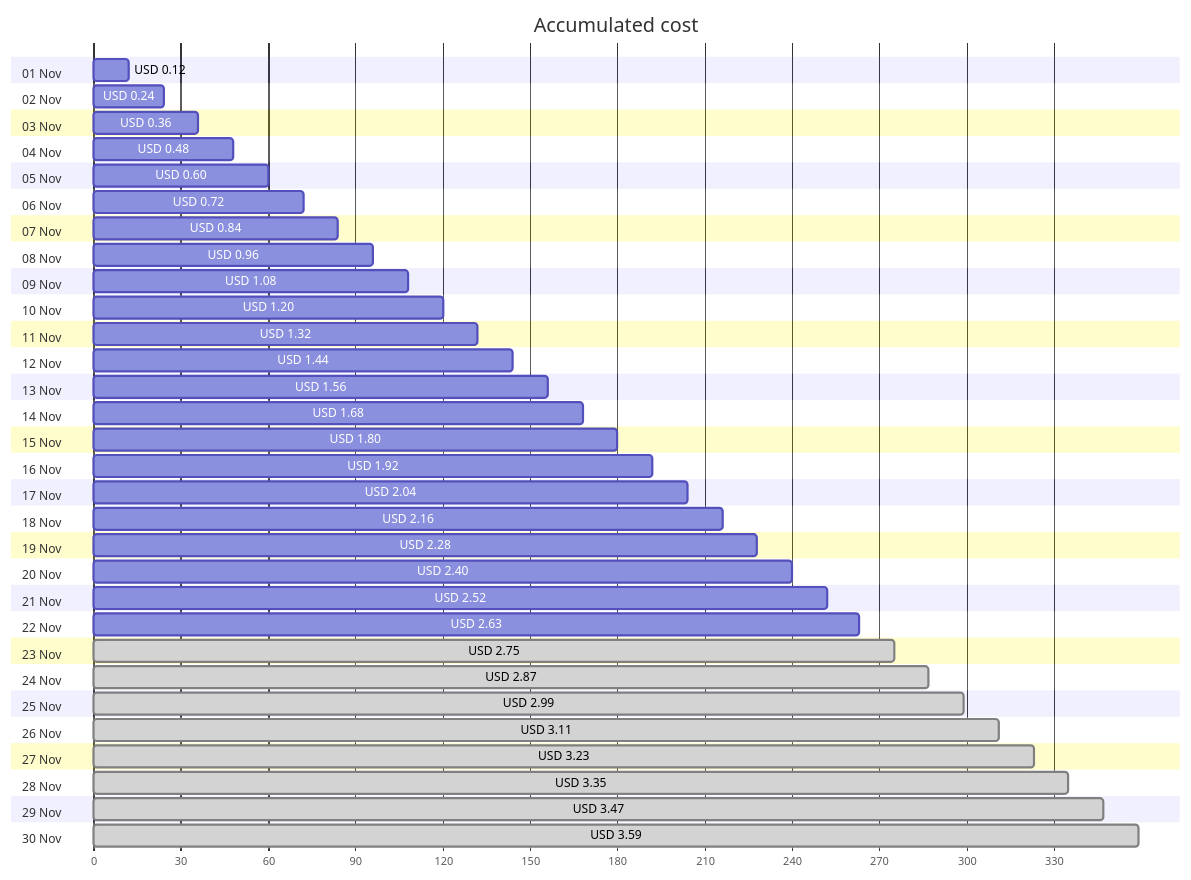
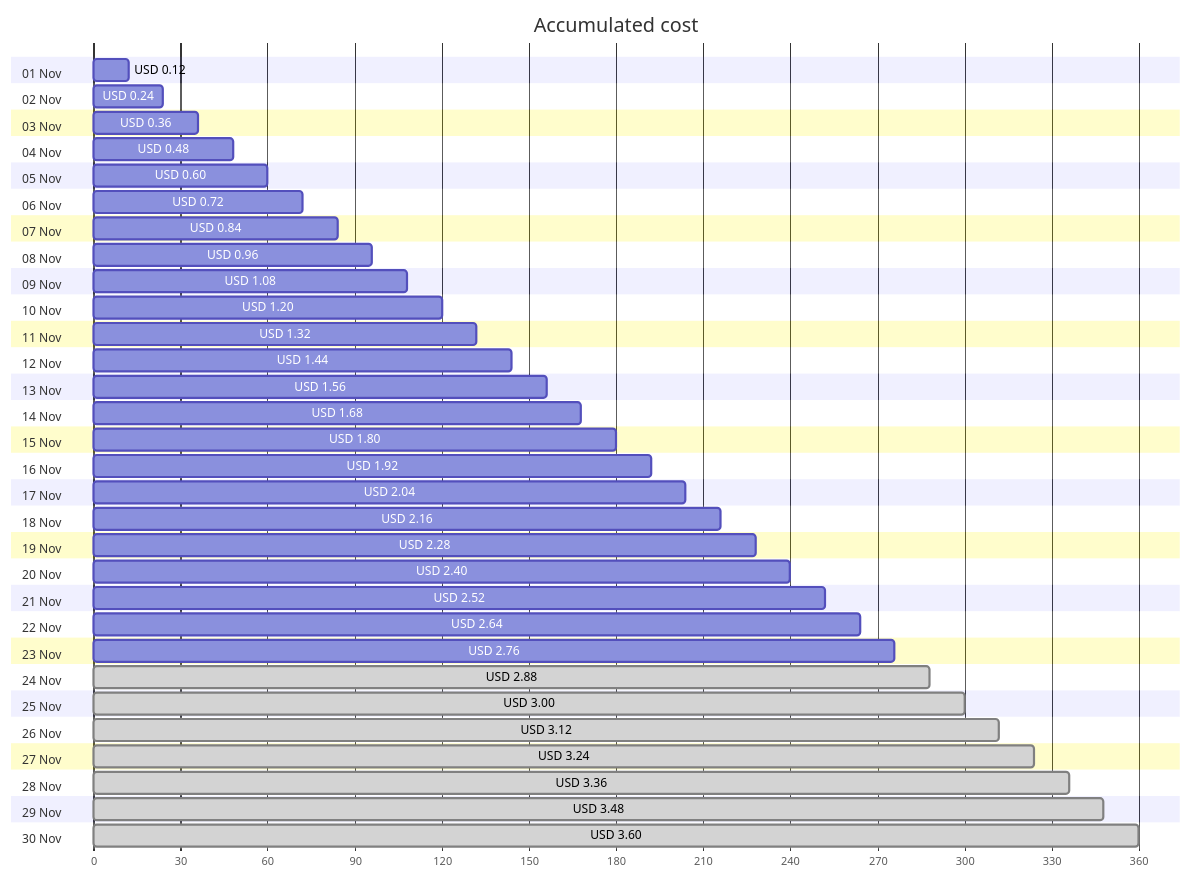
One commit to jpfulton/azure-personal-reports changed the first of 4 diagrams in cost-reports/personal-network/backup-server-public-ip.md. Above: the diagram before and after it, drawn with Mermaid. The commit also changed other lines of this file and 8 other files, not shown here.

````diff
--- a/cost-reports/personal-network/backup-server-public-ip.md
+++ b/cost-reports/personal-network/backup-server-public-ip.md
@@ -20,66 +20,66 @@
 ```mermaid
 gantt
    title Accumulated cost
    dateFormat  X
    axisFormat %s
    section 01 Nov
    USD 0.12 :0, 12
    section 02 Nov
    USD 0.24 :0, 24
    section 03 Nov
    USD 0.36 :0, 36
    section 04 Nov
    USD 0.48 :0, 48
    section 05 Nov
    USD 0.60 :0, 60
    section 06 Nov
    USD 0.72 :0, 72
    section 07 Nov
    USD 0.84 :0, 84
    section 08 Nov
    USD 0.96 :0, 96
    section 09 Nov
    USD 1.08 :0, 108
    section 10 Nov
    USD 1.20 :0, 120
    section 11 Nov
    USD 1.32 :0, 132
    section 12 Nov
    USD 1.44 :0, 144
    section 13 Nov
    USD 1.56 :0, 156
    section 14 Nov
    USD 1.68 :0, 168
    section 15 Nov
    USD 1.80 :0, 180
    section 16 Nov
    USD 1.92 :0, 192
    section 17 Nov
    USD 2.04 :0, 204
    section 18 Nov
    USD 2.16 :0, 216
    section 19 Nov
    USD 2.28 :0, 228
    section 20 Nov
    USD 2.40 :0, 240
    section 21 Nov
    USD 2.52 :0, 252
    section 22 Nov
-   USD 2.63 :0, 263
+   USD 2.64 :0, 264
    section 23 Nov
-   USD 2.75 : done, 0, 275
+   USD 2.76 :0, 276
    section 24 Nov
-   USD 2.87 : done, 0, 287
+   USD 2.88 : done, 0, 288
    section 25 Nov
-   USD 2.99 : done, 0, 299
+   USD 3.00 : done, 0, 300
    section 26 Nov
-   USD 3.11 : done, 0, 311
+   USD 3.12 : done, 0, 312
    section 27 Nov
-   USD 3.23 : done, 0, 323
+   USD 3.24 : done, 0, 324
    section 28 Nov
-   USD 3.35 : done, 0, 335
+   USD 3.36 : done, 0, 336
    section 29 Nov
-   USD 3.47 : done, 0, 347
+   USD 3.48 : done, 0, 348
    section 30 Nov
-   USD 3.59 : done, 0, 359
+   USD 3.60 : done, 0, 360
 ```
````
